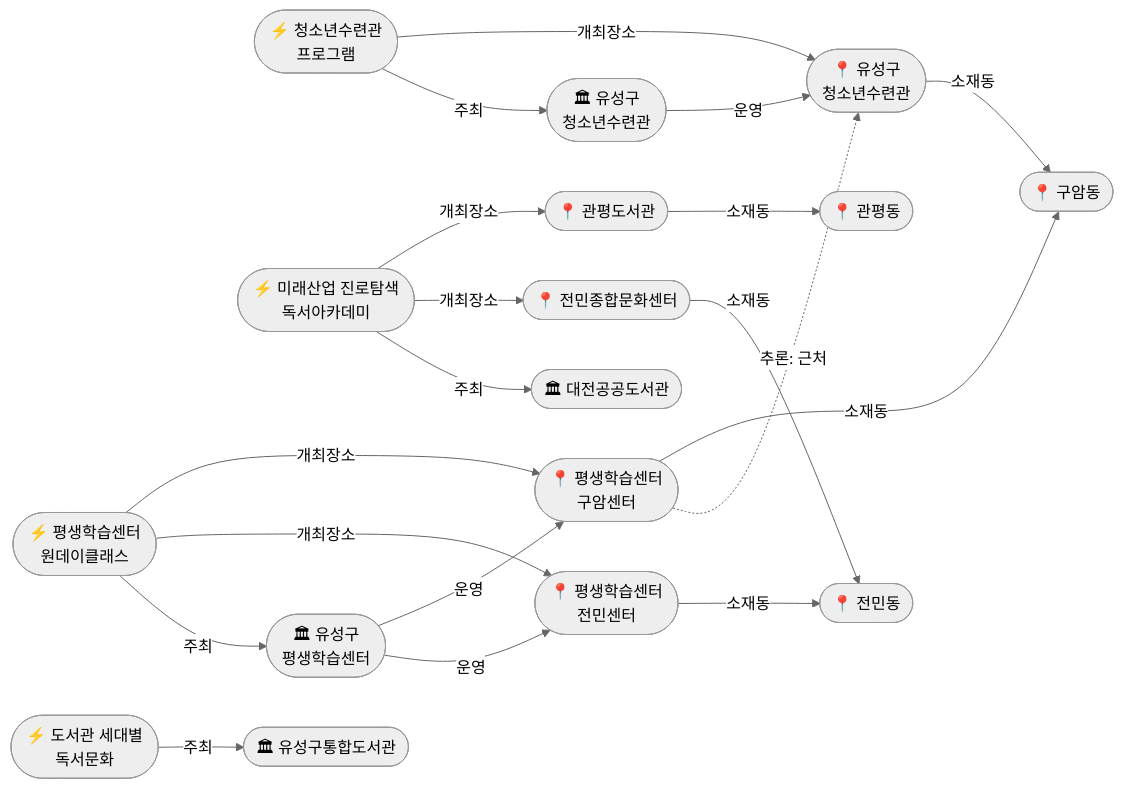
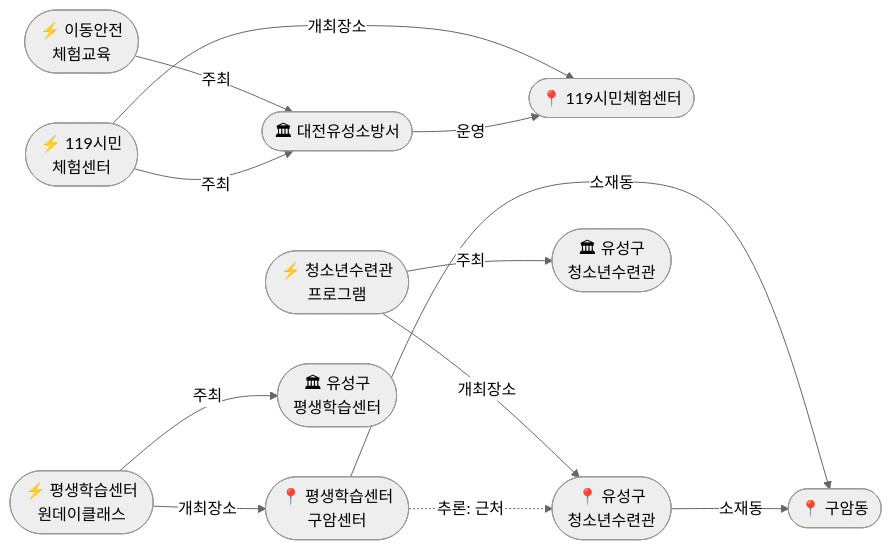
Before and after one commit to tykimos/onto-osint-yuseong-event: the third of 3 diagrams in reports/2026/04/2026-04-26.md, drawn with Mermaid (neutral theme). The commit also changed other lines of this file and 15 other files, not shown here.

````diff
--- a/reports/2026/04/2026-04-26.md
+++ b/reports/2026/04/2026-04-26.md
@@ -270,44 +362,31 @@
 ```mermaid
 graph LR
+    EVT18(["⚡ 이동안전<br/>체험교육"])
+    EVT19(["⚡ 119시민<br/>체험센터"])
     EVT12(["⚡ 평생학습센터<br/>원데이클래스"])
     EVT13(["⚡ 청소년수련관<br/>프로그램"])
-    EVT7(["⚡ 도서관 세대별<br/>독서문화"])
-    EVT8(["⚡ 미래산업 진로탐색<br/>독서아카데미"])
 
+    V17(["📍 119시민체험센터"])
     V13(["📍 평생학습센터<br/>구암센터"])
-    V14(["📍 평생학습센터<br/>전민센터"])
     V15(["📍 유성구<br/>청소년수련관"])
-    V7(["📍 관평도서관"])
-    V10(["📍 전민종합문화센터"])
 
-    DG(["📍 관평동"])
-    DJ(["📍 전민동"])
+    O15(["🏛 대전유성소방서"])
+    O13(["🏛 유성구<br/>평생학습센터"])
+    O14(["🏛 유성구<br/>청소년수련관"])
+
     DU(["📍 구암동"])
 
-    O13(["🏛 유성구<br/>평생학습센터"])
-    O14(["🏛 유성구<br/>청소년수련관"])
-    O4(["🏛 유성구통합도서관"])
-    O8(["🏛 대전공공도서관"])
-
+    EVT18 -->|주최| O15
+    EVT19 -->|개최장소| V17
+    EVT19 -->|주최| O15
+    O15 -->|운영| V17
     EVT12 -->|개최장소| V13
-    EVT12 -->|개최장소| V14
     EVT12 -->|주최| O13
     EVT13 -->|개최장소| V15
     EVT13 -->|주최| O14
-    EVT7 -->|주최| O4
-    EVT8 -->|개최장소| V7
-    EVT8 -->|개최장소| V10
-    EVT8 -->|주최| O8
-
-    O13 -->|운영| V13
-    O13 -->|운영| V14
-    O14 -->|운영| V15
 
     V13 -->|소재동| DU
-    V14 -->|소재동| DJ
     V15 -->|소재동| DU
-    V7 -->|소재동| DG
-    V10 -->|소재동| DJ
 
     V13 -.->|추론: 근처| V15
 ```
````
